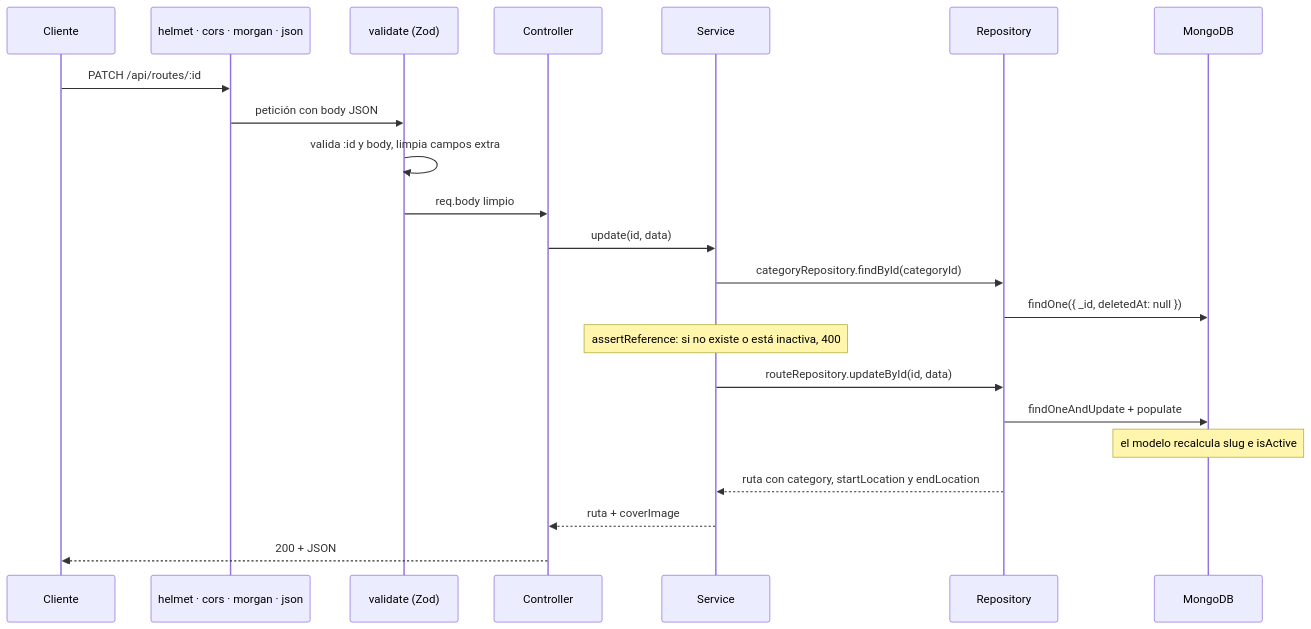
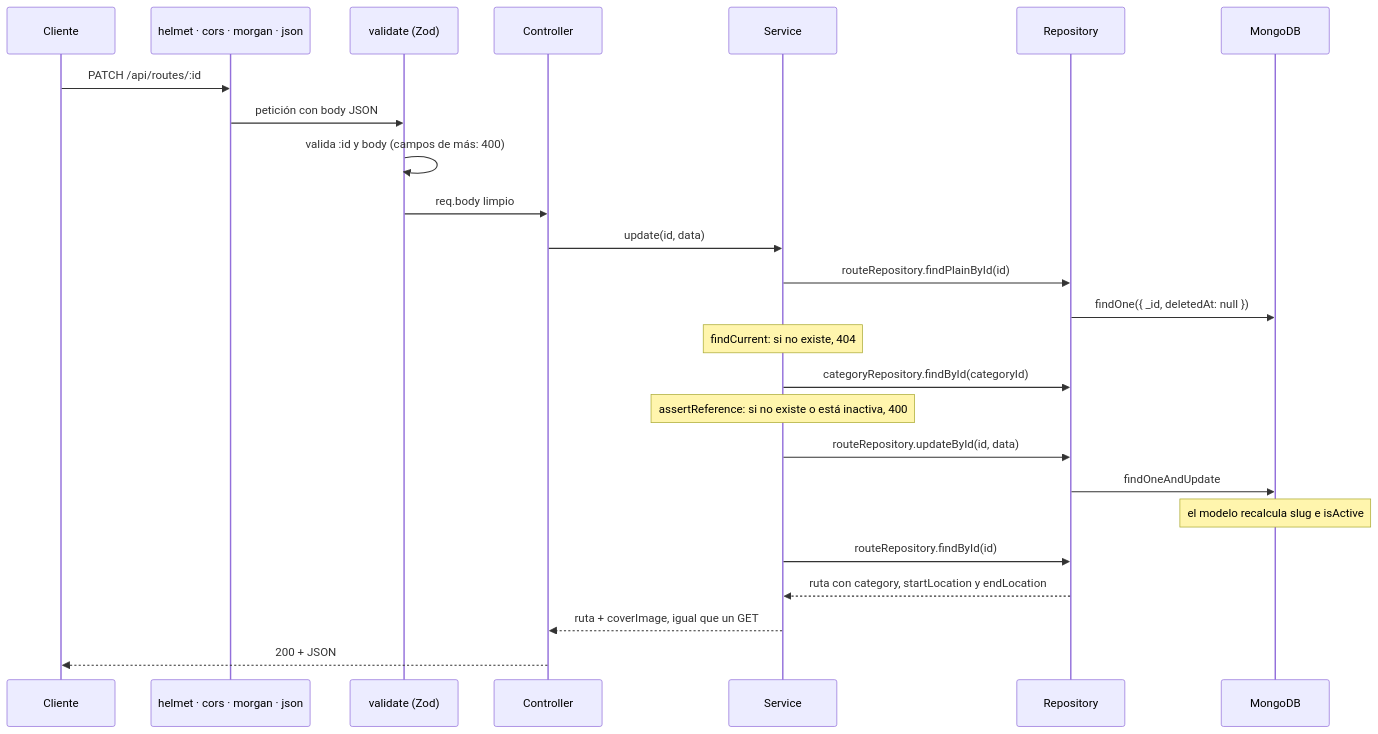
One commit to Mauro-vs/Routly changed the second of 3 diagrams in moto-routes-api/README.md. Above: the diagram before and after it, drawn with Mermaid. The commit also changed other lines of this file and 6 other files, not shown here.

````diff
--- a/moto-routes-api/README.md
+++ b/moto-routes-api/README.md
@@ -165,24 +183,27 @@
 ```mermaid
 sequenceDiagram
     participant Cliente
     participant MW as helmet · cors · morgan · json
     participant V as validate (Zod)
     participant C as Controller
     participant S as Service
     participant R as Repository
     participant DB as MongoDB
     Cliente->>MW: PATCH /api/routes/:id
     MW->>V: petición con body JSON
-    V->>V: valida :id y body, limpia campos extra
+    V->>V: valida :id y body (campos de más: 400)
     V->>C: req.body limpio
     C->>S: update(id, data)
+    S->>R: routeRepository.findPlainById(id)
+    R->>DB: findOne({ _id, deletedAt: null })
+    Note over S: findCurrent: si no existe, 404
     S->>R: categoryRepository.findById(categoryId)
-    R->>DB: findOne({ _id, deletedAt: null })
     Note over S: assertReference: si no existe o está inactiva, 400
     S->>R: routeRepository.updateById(id, data)
-    R->>DB: findOneAndUpdate + populate
+    R->>DB: findOneAndUpdate
     Note over DB: el modelo recalcula slug e isActive
+    S->>R: routeRepository.findById(id)
     R-->>S: ruta con category, startLocation y endLocation
-    S-->>C: ruta + coverImage
+    S-->>C: ruta + coverImage, igual que un GET
     C-->>Cliente: 200 + JSON
 ```
````
